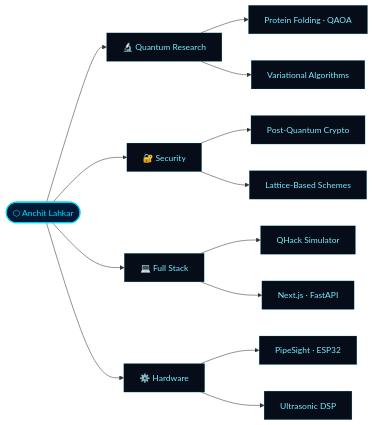
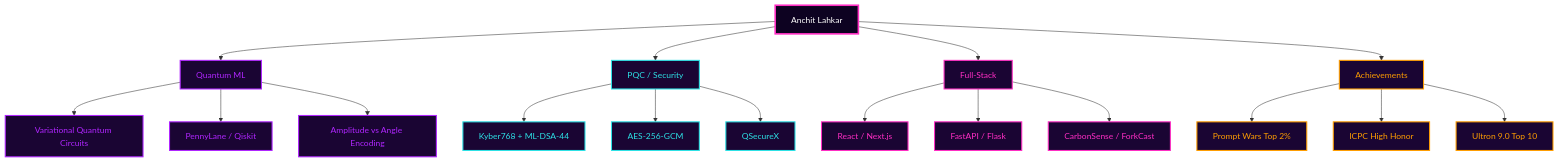
Before and after one commit to Anchitlahkar/Anchitlahkar: the diagram in README.md, drawn with Mermaid. The commit also changed other lines of this file and 4 other files, not shown here.

````diff
--- a/README.md
+++ b/README.md
@@ -204,23 +361,31 @@
 ```mermaid
-graph LR
-    A(["⬡  Anchit Lahkar"]):::root
+graph TD
+    ROOT["Anchit Lahkar"]:::root
 
-    A --> B["🔬 Quantum Research"]
-    B --> B1["Protein Folding · QAOA"]
-    B --> B2["Variational Algorithms"]
+    ROOT --> QML["Quantum ML"]:::quantum
+    ROOT --> SEC["PQC / Security"]:::security
+    ROOT --> WEB["Full-Stack"]:::web
+    ROOT --> WIN["Achievements"]:::wins
 
-    A --> C["🔐 Security"]
-    C --> C1["Post-Quantum Crypto"]
-    C --> C2["Lattice-Based Schemes"]
+    QML --> Q1["Variational Quantum Circuits"]:::quantum
+    QML --> Q2["PennyLane / Qiskit"]:::quantum
+    QML --> Q3["Amplitude vs Angle Encoding"]:::quantum
 
-    A --> D["💻 Full Stack"]
-    D --> D1["QHack Simulator"]
-    D --> D2["Next.js · FastAPI"]
+    SEC --> S1["Kyber768 + ML-DSA-44"]:::security
+    SEC --> S2["AES-256-GCM"]:::security
+    SEC --> S3["QSecureX"]:::security
 
-    A --> E["⚙️ Hardware"]
-    E --> E1["PipeSight · ESP32"]
-    E --> E2["Ultrasonic DSP"]
+    WEB --> W1["React / Next.js"]:::web
+    WEB --> W2["FastAPI / Flask"]:::web
+    WEB --> W3["CarbonSense / ForkCast"]:::web
 
-    classDef root fill:#001a35,stroke:#00d9ff,stroke-width:2px,color:#00d9ff
-    classDef default fill:#060d18,stroke:#00d9ff44,color:#7aebff
+    WIN --> A1["Prompt Wars Top 2%"]:::wins
+    WIN --> A2["ICPC High Honor"]:::wins
+    WIN --> A3["Ultron 9.0 Top 10"]:::wins
+
+    classDef root fill:#0d0221,stroke:#ff2ec4,stroke-width:3px,color:#ffffff;
+    classDef quantum fill:#1a0533,stroke:#b026ff,stroke-width:2px,color:#b026ff;
+    classDef security fill:#1a0533,stroke:#2de2e6,stroke-width:2px,color:#2de2e6;
+    classDef web fill:#1a0533,stroke:#ff2ec4,stroke-width:2px,color:#ff2ec4;
+    classDef wins fill:#1a0533,stroke:#ff9e00,stroke-width:2px,color:#ff9e00;
 ```
````
